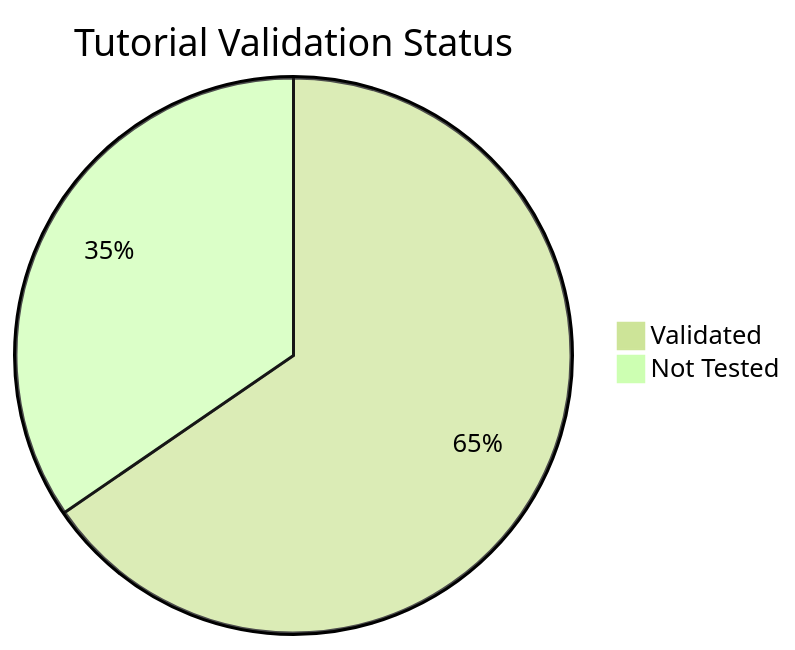
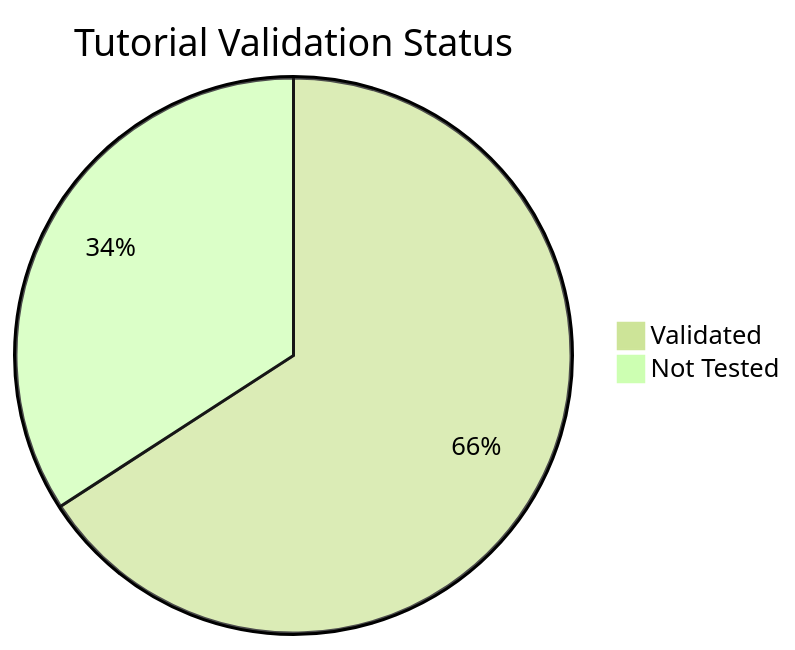
One commit to yeongseon/azure-container-apps-practical-guide changed the diagram in docs/reference/validation-status.md. Above: the diagram before and after it, drawn with Mermaid (forest theme). The commit also changed other lines of this file and 14 other files, not shown here.

````diff
--- a/docs/reference/validation-status.md
+++ b/docs/reference/validation-status.md
@@ -35,5 +35,5 @@
 ```mermaid
 pie title Tutorial Validation Status
-    "Validated" : 53
+    "Validated" : 54
     "Not Tested" : 28
 ```
````
